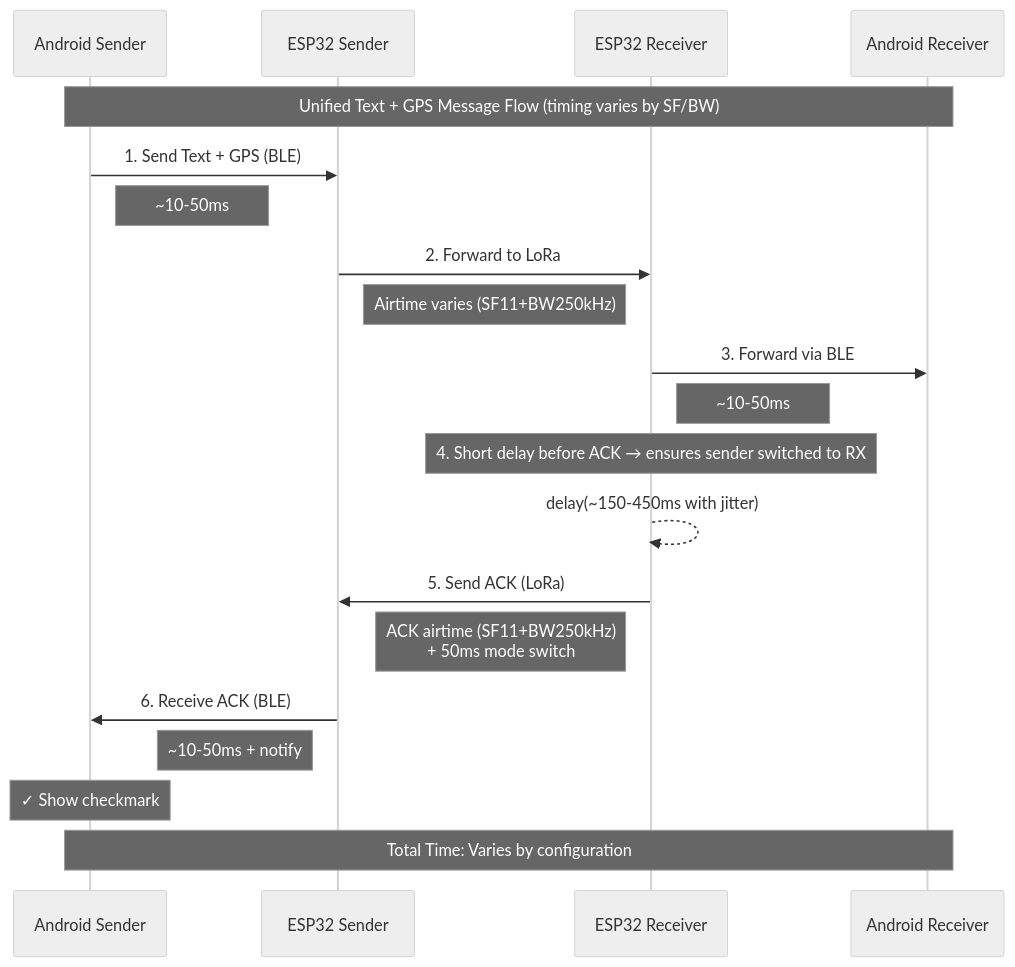
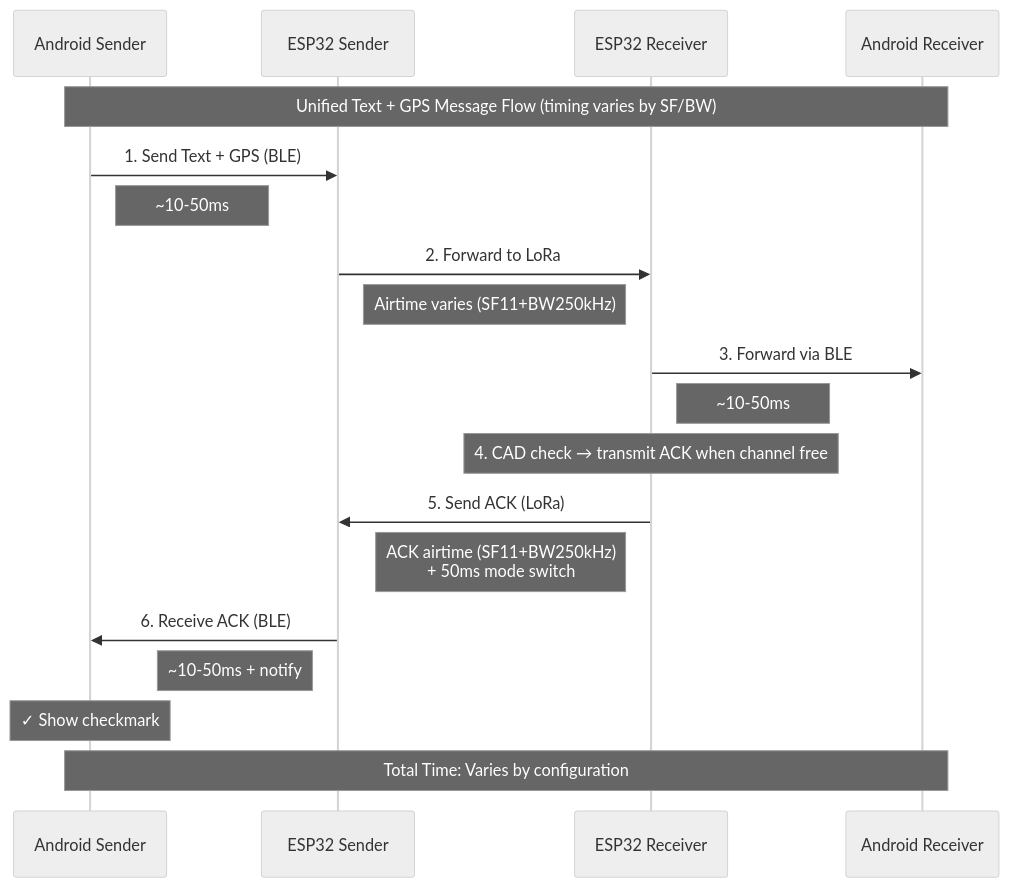
Before and after one commit to psytraxx/android-lora-ble-bridge: the second of 3 diagrams in README.md, drawn with Mermaid (neutral theme). The commit also changed other lines of this file and 12 other files, not shown here.

````diff
--- a/README.md
+++ b/README.md
@@ -414,32 +414,31 @@
 ```mermaid
 sequenceDiagram
     participant AS as Android Sender
     participant ES as ESP32 Sender
     participant ER as ESP32 Receiver
     participant AR as Android Receiver
 
     Note over AS,AR: Unified Text + GPS Message Flow (timing varies by SF/BW)
 
     AS->>ES: 1. Send Text + GPS (BLE)
     Note right of AS: ~10-50ms
 
     ES->>ER: 2. Forward to LoRa
     Note right of ES: Airtime varies (SF11+BW250kHz)
 
     ER->>AR: 3. Forward via BLE
     Note right of ER: ~10-50ms
 
 
-  Note over ER: 4. Short delay before ACK → ensures sender switched to RX
-  ER-->>ER: delay(~150-450ms with jitter)
+  Note over ER: 4. CAD check → transmit ACK when channel free
 
   ER->>ES: 5. Send ACK (LoRa)
   Note left of ER: ACK airtime (SF11+BW250kHz)<br/>+ 50ms mode switch
 
   ES->>AS: 6. Receive ACK (BLE)
   Note left of ES: ~10-50ms + notify
 
     Note over AS: ✓ Show checkmark
 
     Note over AS,AR: Total Time: Varies by configuration
 ```
````
